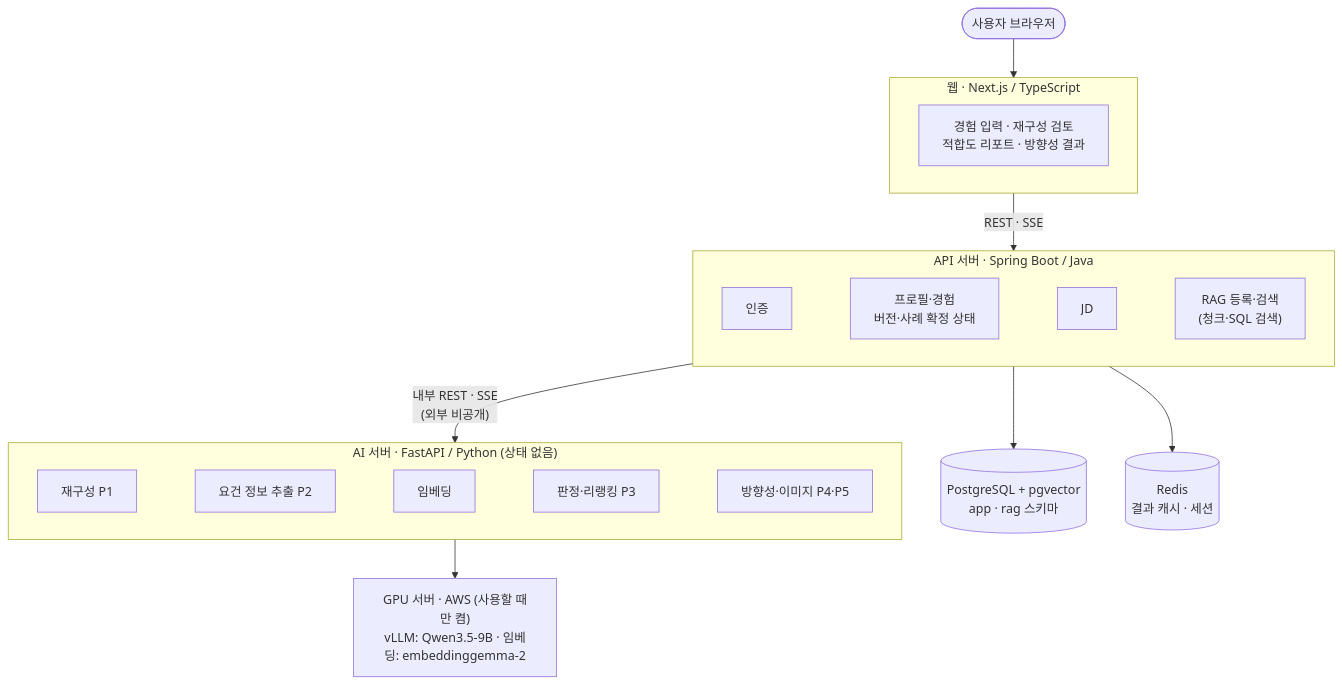
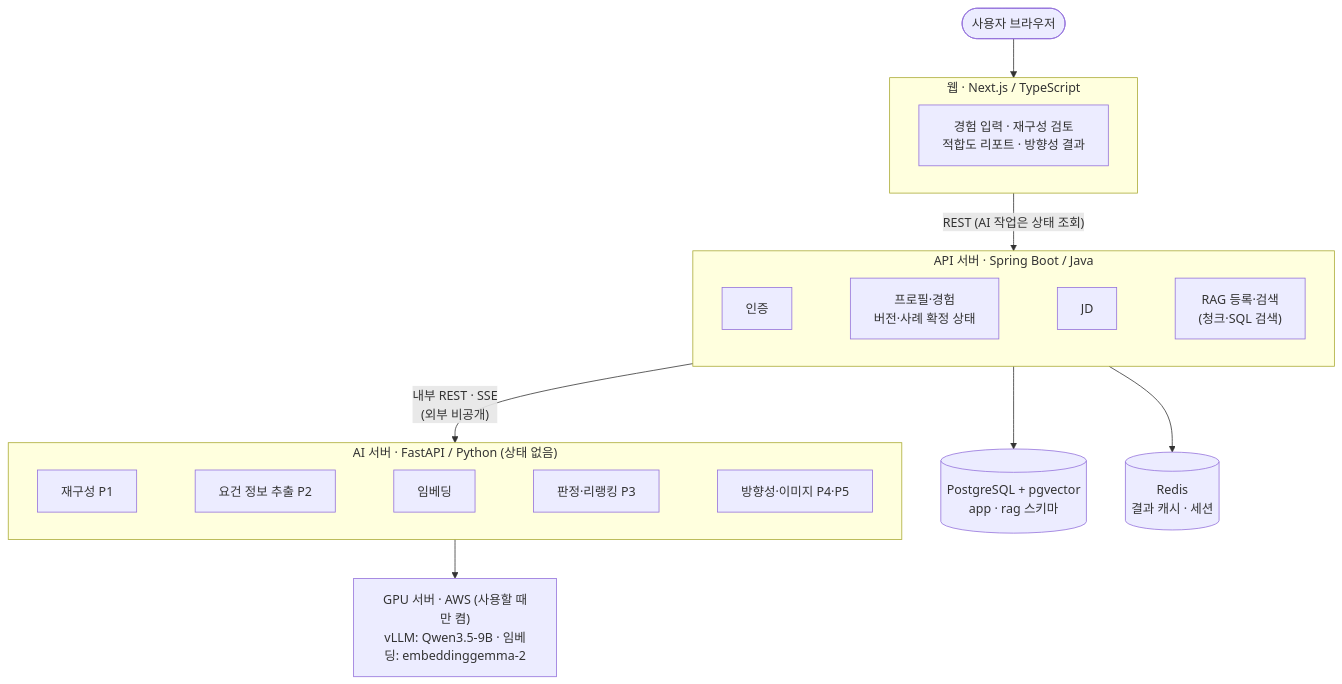
One commit to nerd-nam/SPEC-nerdnam changed the second of 3 diagrams in 기획서.md. Above: the diagram before and after it, drawn with Mermaid. The commit also changed other lines of this file and 4 other files, not shown here.

````diff
--- a/기획서.md
+++ b/기획서.md
@@ -325,18 +326,18 @@
 ```mermaid
 flowchart TB
     U(["사용자 브라우저"]) --> WEB
     subgraph WEB["웹 · Next.js / TypeScript"]
         W1["경험 입력 · 재구성 검토<br/>적합도 리포트 · 방향성 결과"]
     end
-    WEB -- "REST · SSE" --> API
+    WEB -- "REST (AI 작업은 상태 조회)" --> API
     subgraph API["API 서버 · Spring Boot / Java"]
         A1["인증"] ~~~ A2["프로필·경험<br/>버전·사례 확정 상태"] ~~~ A3["JD"] ~~~ A4["RAG 등록·검색<br/>(청크·SQL 검색)"]
     end
     API -- "내부 REST · SSE<br/>(외부 비공개)" --> AI
     subgraph AI["AI 서버 · FastAPI / Python (상태 없음)"]
         I1["재구성 P1"] ~~~ I2["요건 정보 추출 P2"] ~~~ I3["임베딩"] ~~~ I4["판정·리랭킹 P3"] ~~~ I5["방향성·이미지 P4·P5"]
     end
     API --> PG[("PostgreSQL + pgvector<br/>app · rag 스키마")]
     API --> RD[("Redis<br/>결과 캐시 · 세션")]
     AI --> GPU["GPU 서버 · AWS (사용할 때만 켬)<br/>vLLM: Qwen3.5-9B · 임베딩: embeddinggemma-2"]
 ```
````
